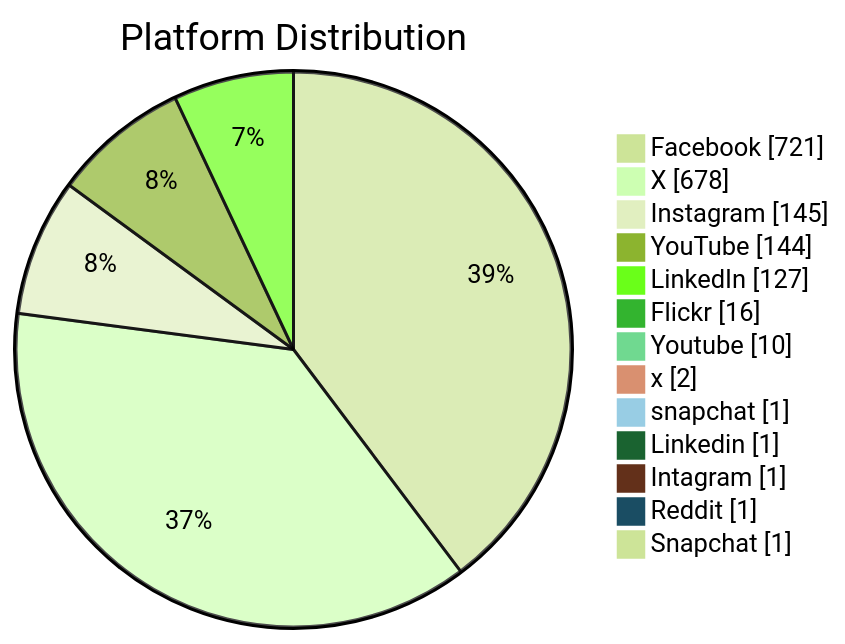
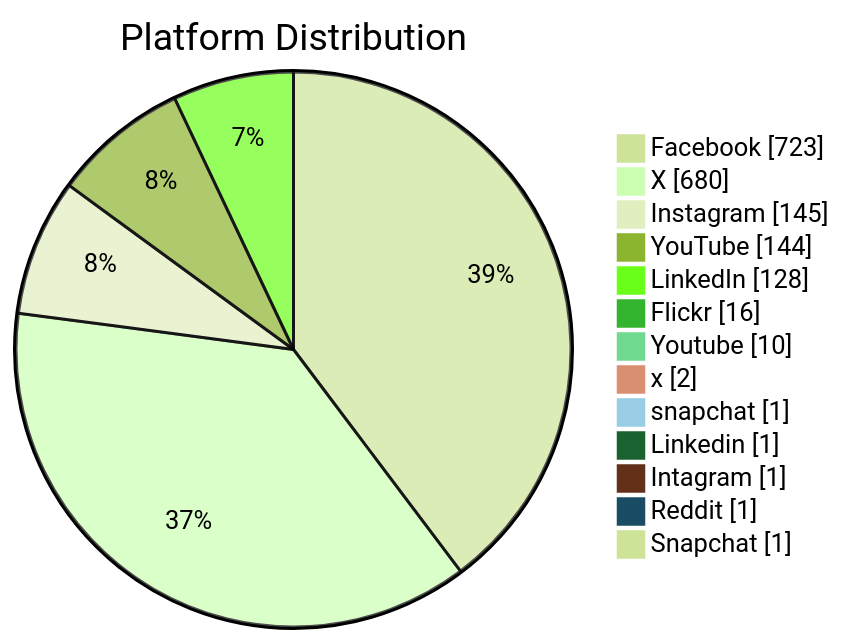
The second of 6 diagrams in README.md (PatLittle/GC-Socials), drawn with Mermaid (forest theme) before and after one commit. The commit also changed other lines of this file, not shown here.

Commit message:
Update README with Platform Distribution pie chart

````diff
--- a/README.md
+++ b/README.md
@@ -74,16 +74,16 @@
 ```mermaid
 pie showData title Platform Distribution
-    "Facebook": 721
-    "X": 678
+    "Facebook": 723
+    "X": 680
     "Instagram": 145
     "YouTube": 144
-    "LinkedIn": 127
+    "LinkedIn": 128
     "Flickr": 16
     "Youtube": 10
     "x": 2
     "snapchat": 1
     "Linkedin": 1
     "Intagram": 1
     "Reddit": 1
     "Snapchat": 1
 ```
````
